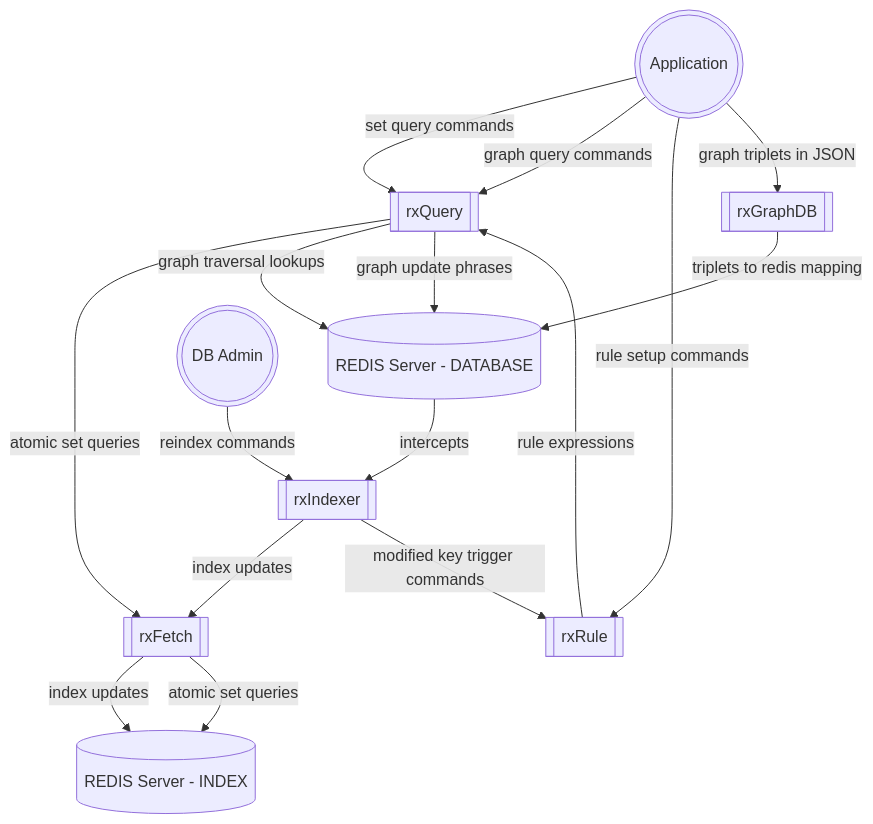
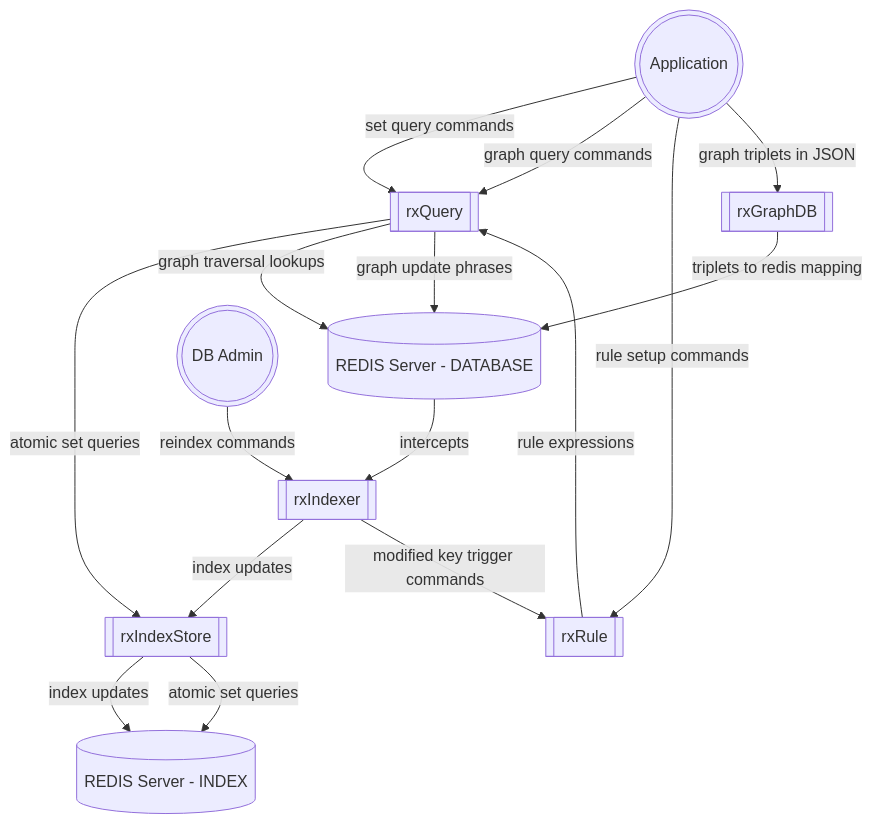
The first of 2 diagrams in README.md (janraak/Redis-Mercator), drawn with Mermaid before and after one commit. The commit also changed other lines of this file and 42 other files, not shown here.

Commit message:
Various bugs fixed, rxMercator added, rxFetch renamed to rxIndexStore

````diff
--- a/README.md
+++ b/README.md
@@ -22,27 +22,27 @@
 ```mermaid
 flowchart TD;
     id0(((Application)));
     id1[(REDIS Server - DATABASE)];
     id2[[rxIndexer]];
     id3[(REDIS Server - INDEX)];
-    id4[[rxFetch]];
+    id4[[rxIndexStore]];
     id5[[rxQuery]];
     id6[[rxRule]];
     id7[[rxGraphDB]];
     id8(((DB Admin)));
     id1-->|intercepts|id2;
     id2-->|index updates|id4;
     id4-->|index updates|id3;
     id0-->|set query commands|id5;
     id0-->|graph query commands|id5;
     id5-->|atomic set queries|id4;
     id5-->|graph traversal lookups|id1;
     id5-->|graph update phrases|id1;
     id4-->|atomic set queries|id3;
     id0-->|rule setup commands|id6;
     id6-->|rule expressions|id5;
     id2-->|modified key trigger commands|id6;
     id0-->|graph triplets in JSON|id7;
     id7-->|triplets to redis mapping|id1;
     id8-->|reindex commands|id2;
 ```
````
